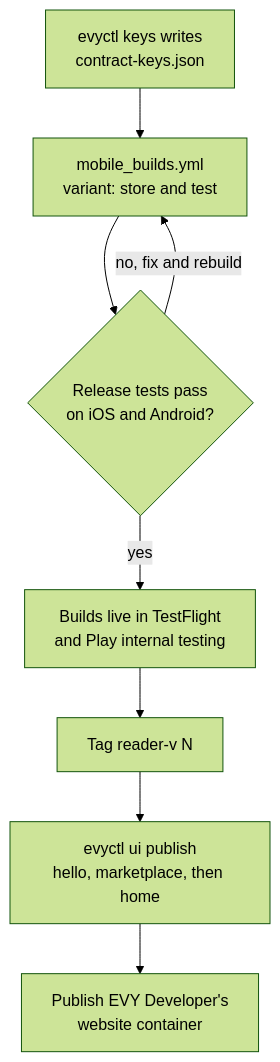
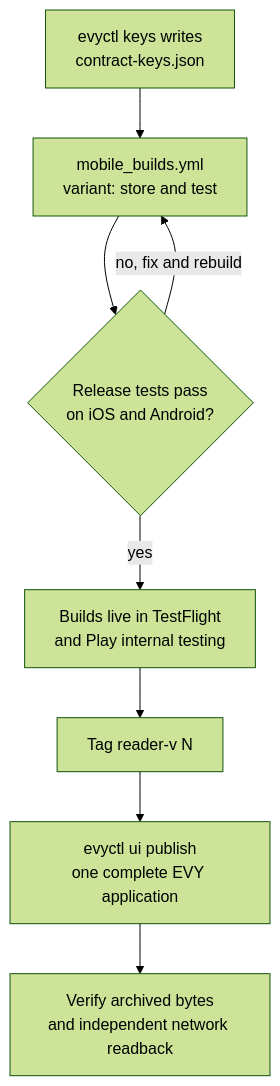
Before and after one commit to EVY-Platform/evy-freenet-plans: the second of 2 diagrams in 2-evy-on-freenet/10-testing-and-release.md, drawn with Mermaid (forest theme). The commit also changed other lines of this file and 35 other files, not shown here.

````diff
--- a/2-evy-on-freenet/10-testing-and-release.md
+++ b/2-evy-on-freenet/10-testing-and-release.md
@@ -140,10 +174,10 @@
 ```mermaid
 flowchart TD
     K[evyctl keys writes<br>contract-keys.json] --> B[mobile_builds.yml<br>variant: store and test]
     B --> T{Release tests pass<br>on iOS and Android?}
     T -- no, fix and rebuild --> B
     T -- yes --> S[Builds live in TestFlight<br>and Play internal testing]
     S --> R[Tag reader-v N]
-    R --> U[evyctl ui publish<br>hello, marketplace, then home]
-    U --> D[Publish EVY Developer's<br>website container]
+    R --> U[evyctl ui publish<br>one complete EVY application]
+    U --> D[Verify archived bytes<br>and independent network readback]
 ```
````
